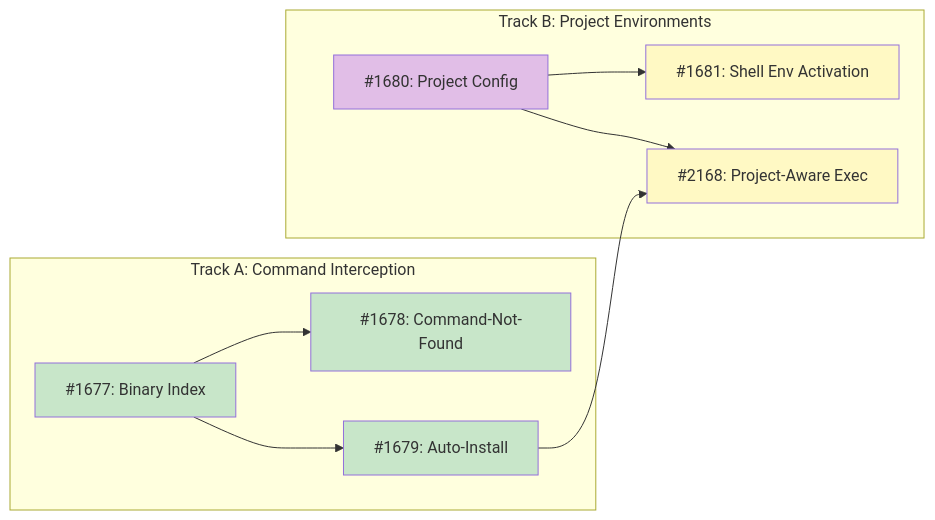
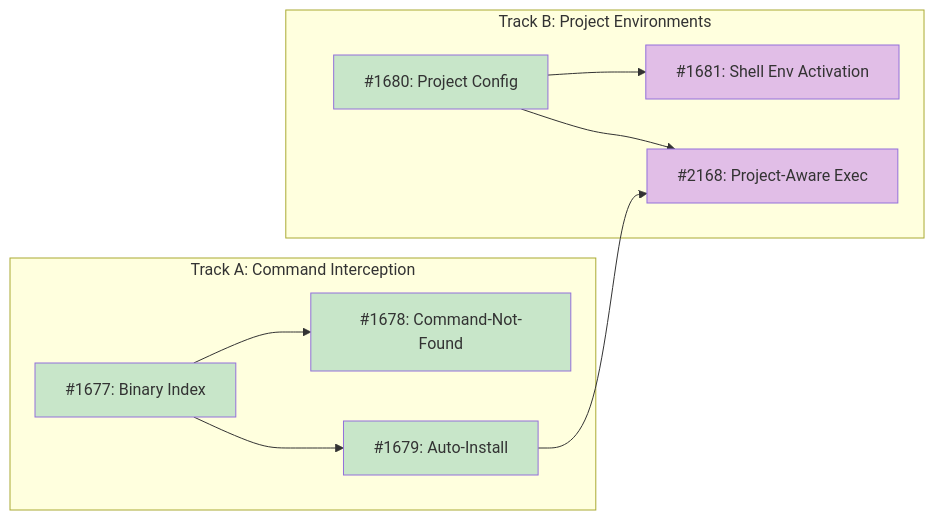
The diagram in docs/designs/DESIGN-shell-integration-building-blocks.md (tsukumogami/tsuku), drawn with Mermaid before and after one commit. The commit also changed other lines of this file, not shown here.

Commit message:
chore(design): mark #1680 as done in shell integration building blocks
Project configuration design is complete and implemented. Update issue
table (strikethrough) and Mermaid diagram (#1680 -> done, #1681 and
#2168 remain needs-design).

````diff
--- a/docs/designs/DESIGN-shell-integration-building-blocks.md
+++ b/docs/designs/DESIGN-shell-integration-building-blocks.md
@@ -38,31 +38,32 @@
 ```mermaid
 graph LR
     subgraph TrackA["Track A: Command Interception"]
         I1677["#1677: Binary Index"]
         I1678["#1678: Command-Not-Found"]
         I1679["#1679: Auto-Install"]
     end
 
     subgraph TrackB["Track B: Project Environments"]
         I1680["#1680: Project Config"]
         I1681["#1681: Shell Env Activation"]
         I2168["#2168: Project-Aware Exec"]
     end
 
     I1677 --> I1678
     I1677 --> I1679
     I1680 --> I1681
     I1679 --> I2168
     I1680 --> I2168
 
     classDef done fill:#c8e6c9
     classDef ready fill:#bbdefb
     classDef blocked fill:#fff9c4
     classDef needsDesign fill:#e1bee7
 
     class I1677 done
-    class I1680 needsDesign
+    class I1680 done
     class I1678 done
     class I1679 done
-    class I1681,I2168 blocked
+    class I1681 needsDesign
+    class I2168 needsDesign
 ```
````
